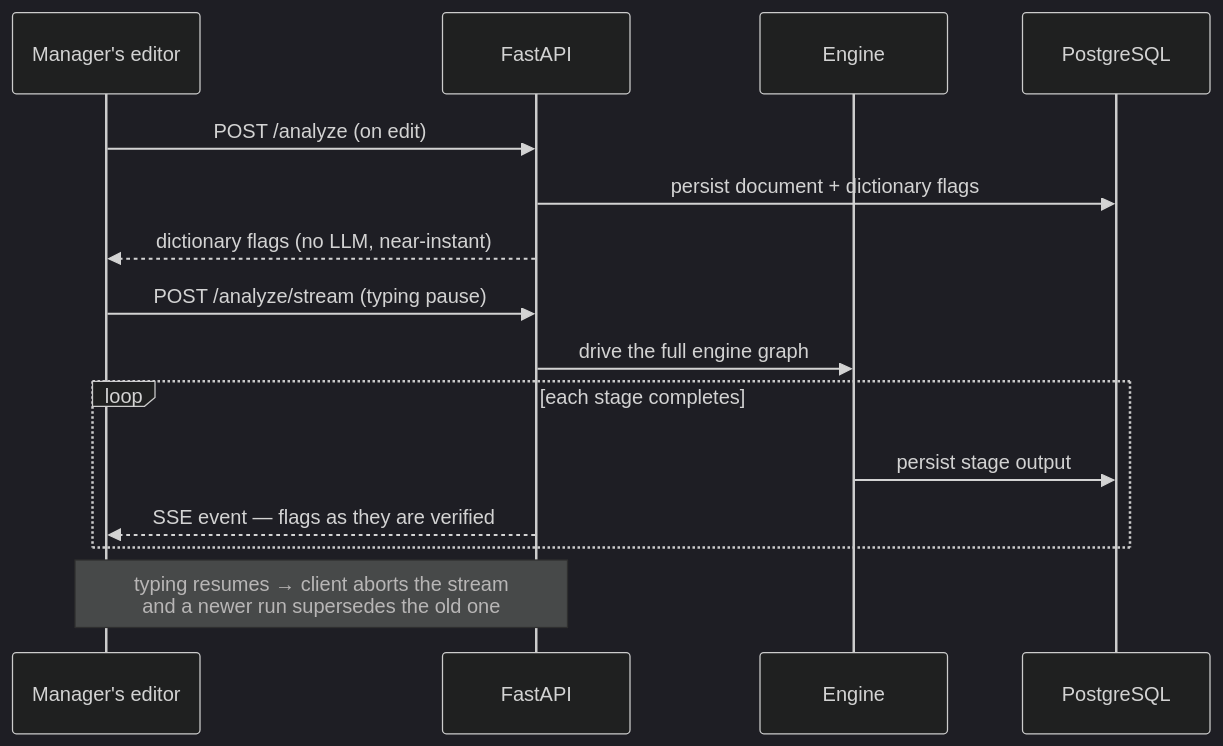
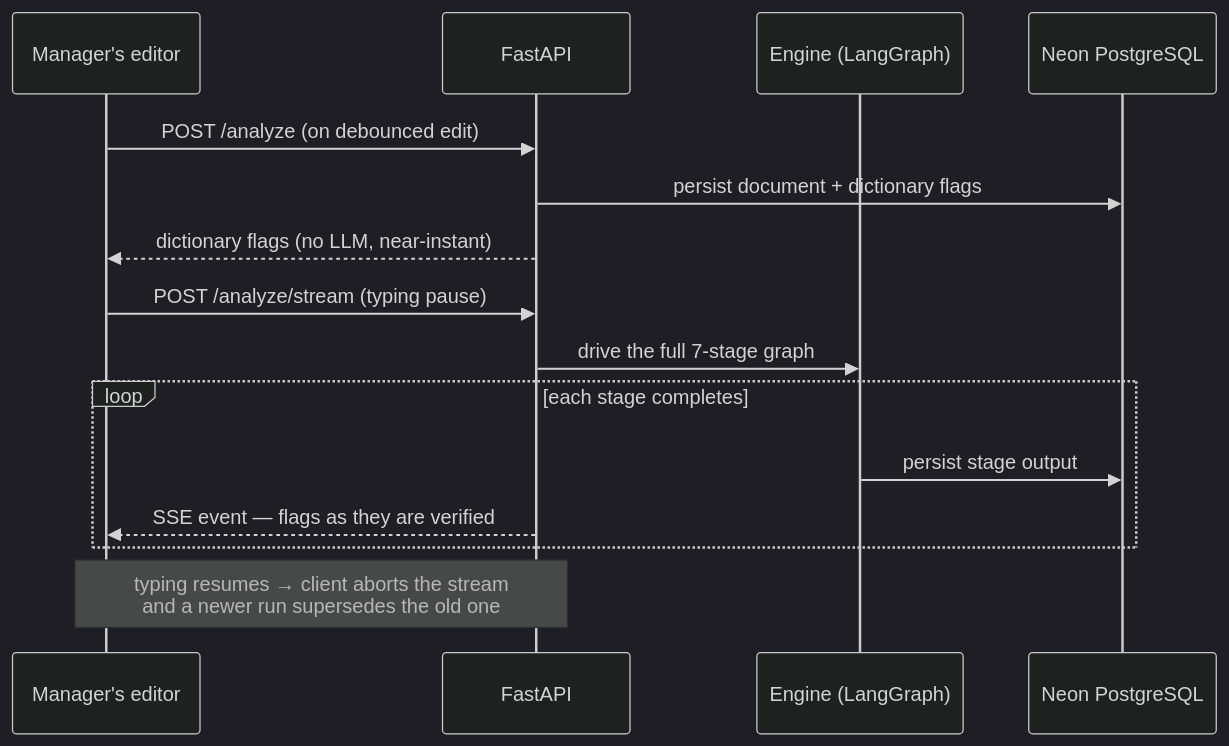
One commit to sm-daniyal/patternSpecular changed the second of 3 diagrams in docs/architecture/overview.md. Above: the diagram before and after it, drawn with Mermaid (dark theme). The commit also changed other lines of this file, not shown here.

Commit message:
docs(architecture): update system overview and statutory pipeline boundaries

````diff
--- a/docs/architecture/overview.md
+++ b/docs/architecture/overview.md
@@ -100,20 +103,20 @@
 ```mermaid
 sequenceDiagram
     participant M as Manager's editor
     participant API as FastAPI
-    participant E as Engine
-    participant DB as PostgreSQL
+    participant E as Engine (LangGraph)
+    participant DB as Neon PostgreSQL
 
-    M->>API: POST /analyze (on edit)
+    M->>API: POST /analyze (on debounced edit)
     API->>DB: persist document + dictionary flags
     API-->>M: dictionary flags (no LLM, near-instant)
 
     M->>API: POST /analyze/stream (typing pause)
-    API->>E: drive the full engine graph
+    API->>E: drive the full 7-stage graph
     loop each stage completes
         E->>DB: persist stage output
         API-->>M: SSE event — flags as they are verified
     end
 
     Note over M,API: typing resumes → client aborts the stream<br/>and a newer run supersedes the old one
 ```
````
